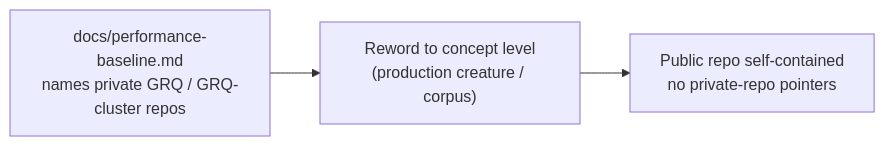
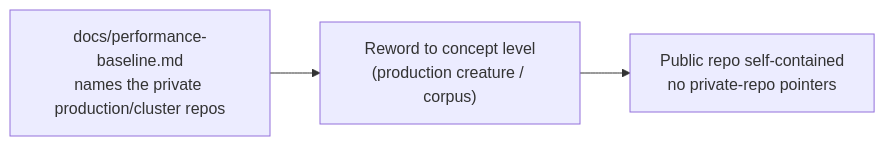
Before and after one commit to stSoftwareAU/NEAT-AI-scorer: the diagram in docs/archive/pr-summaries/pr-summary-449.md, drawn with Mermaid. The commit also changed other lines of this file and 161 other files, not shown here.

````diff
--- a/docs/archive/pr-summaries/pr-summary-449.md
+++ b/docs/archive/pr-summaries/pr-summary-449.md
@@ -44,6 +44,6 @@
 ```mermaid
 flowchart LR
-    A["docs/performance-baseline.md<br/>names private GRQ / GRQ-cluster repos"]
+    A["docs/performance-baseline.md<br/>names the private production/cluster repos"]
       --> B["Reword to concept level<br/>(production creature / corpus)"]
     B --> C["Public repo self-contained<br/>no private-repo pointers"]
 ```
````
